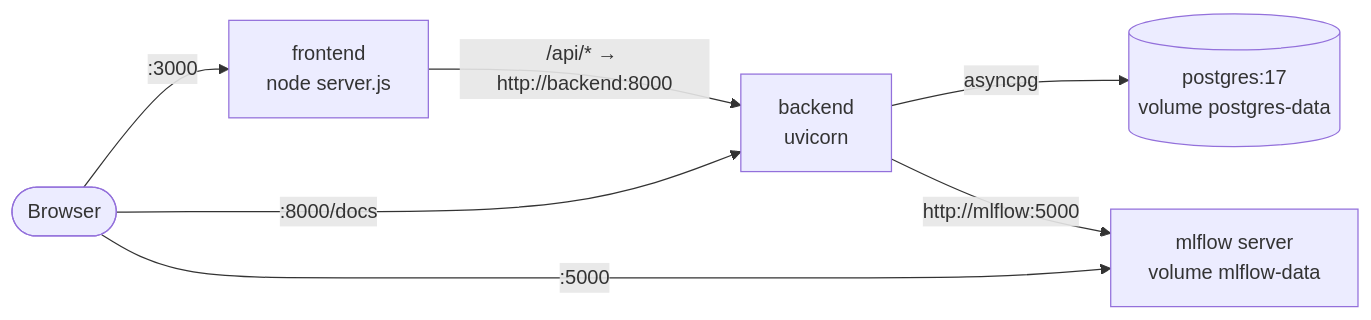
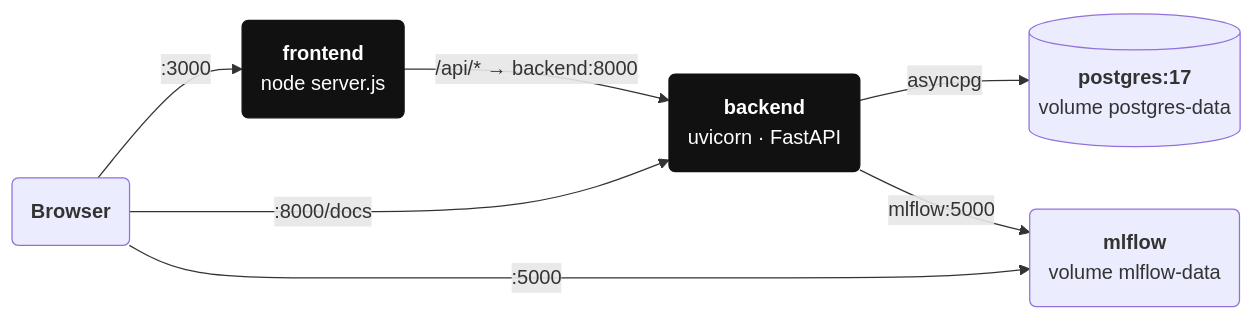
Before and after one commit to SuriyaKannimuthu/raglens-ai: diagram 11 of 11 in docs/technical-design.md, drawn with Mermaid. The commit also changed other lines of this file and 2 other files, not shown here.

````diff
--- a/docs/technical-design.md
+++ b/docs/technical-design.md
@@ -1077,9 +1084,10 @@
 ```mermaid
 flowchart LR
-    browser([Browser]) -->|":3000"| fe[frontend<br/>node server.js]
-    fe -->|"/api/* → http://backend:8000"| be[backend<br/>uvicorn]
-    be -->|asyncpg| pg[("postgres:17<br/>volume postgres-data")]
-    be -->|"http://mlflow:5000"| ml[mlflow server<br/>volume mlflow-data]
+    browser("<b>Browser</b>") -->|":3000"| fe("<b>frontend</b><br/><span class='sub'>node server.js</span>"):::dark
+    fe -->|"/api/* → backend:8000"| be("<b>backend</b><br/><span class='sub'>uvicorn · FastAPI</span>"):::dark
+    be -->|asyncpg| pg[("<b>postgres:17</b><br/><span class='sub'>volume postgres-data</span>")]
+    be -->|"mlflow:5000"| ml("<b>mlflow</b><br/><span class='sub'>volume mlflow-data</span>")
     browser -->|":5000"| ml
     browser -->|":8000/docs"| be
+    classDef dark fill:#111,stroke:#111,color:#fff
 ```
````
